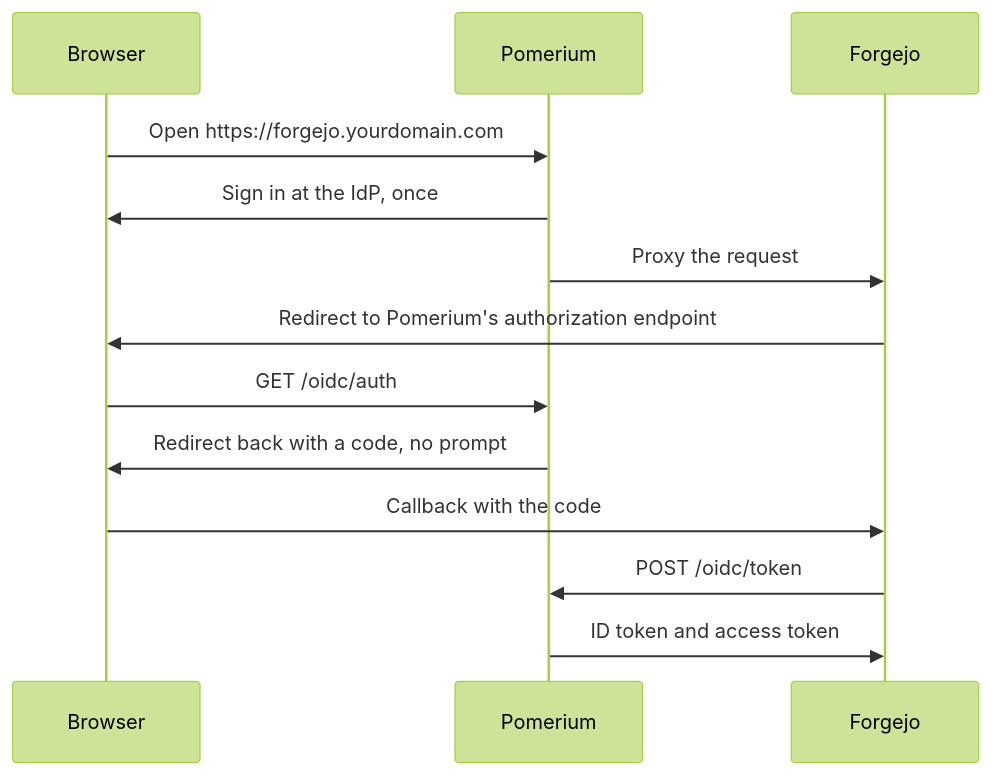
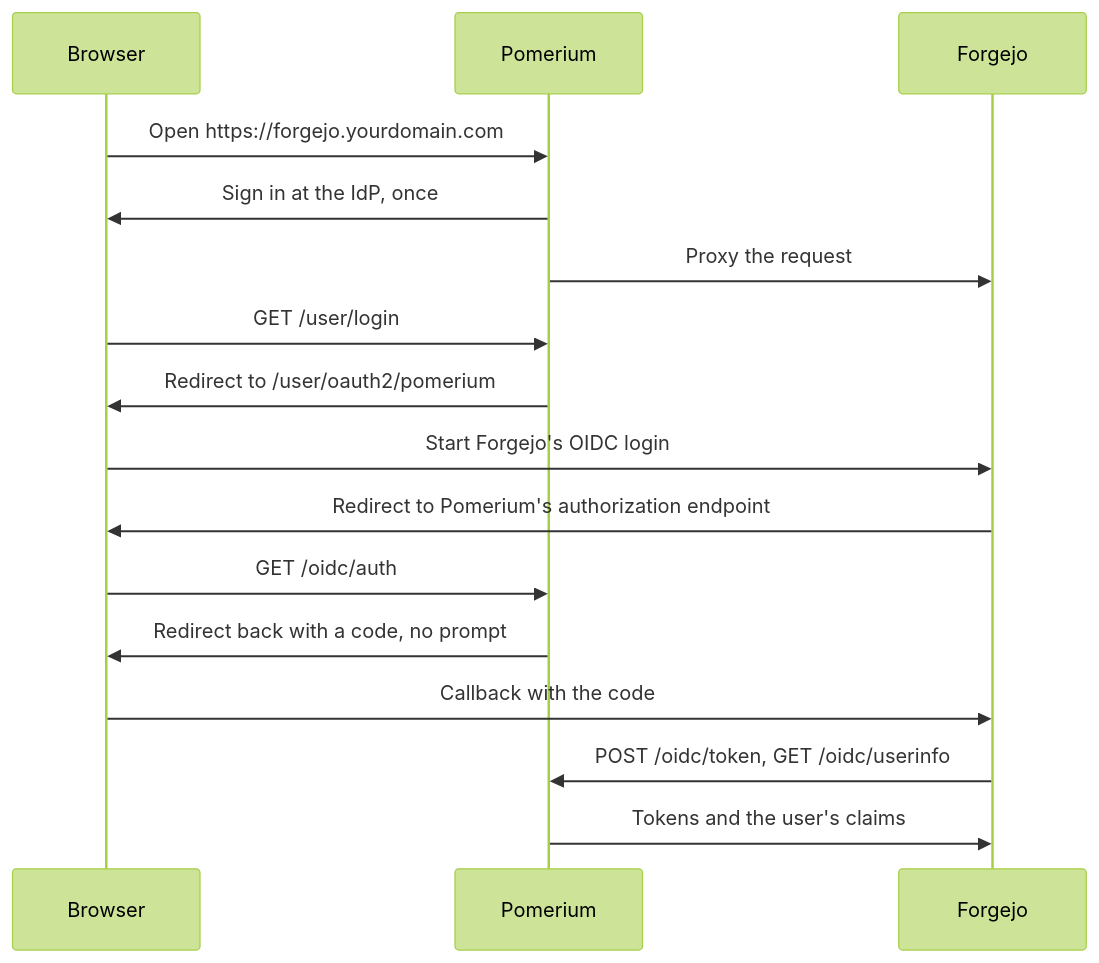
Before and after one commit to pomerium/documentation: the diagram in content/docs/guides/forgejo.mdx, drawn with Mermaid (forest theme). The commit also changed other lines of this file and 6 other files, not shown here.

````diff
--- a/content/docs/guides/forgejo.mdx
+++ b/content/docs/guides/forgejo.mdx
@@ -33,15 +34,18 @@
 ```mermaid
 sequenceDiagram
   participant B as Browser
   participant P as Pomerium
   participant F as Forgejo
   B->>P: Open https://forgejo.yourdomain.com
   P->>B: Sign in at the IdP, once
   P->>F: Proxy the request
+  B->>P: GET /user/login
+  P->>B: Redirect to /user/oauth2/pomerium
+  B->>F: Start Forgejo's OIDC login
   F->>B: Redirect to Pomerium's authorization endpoint
   B->>P: GET /oidc/auth
   P->>B: Redirect back with a code, no prompt
   B->>F: Callback with the code
-  F->>P: POST /oidc/token
-  P->>F: ID token and access token
+  F->>P: POST /oidc/token, GET /oidc/userinfo
+  P->>F: Tokens and the user's claims
 ```
````
